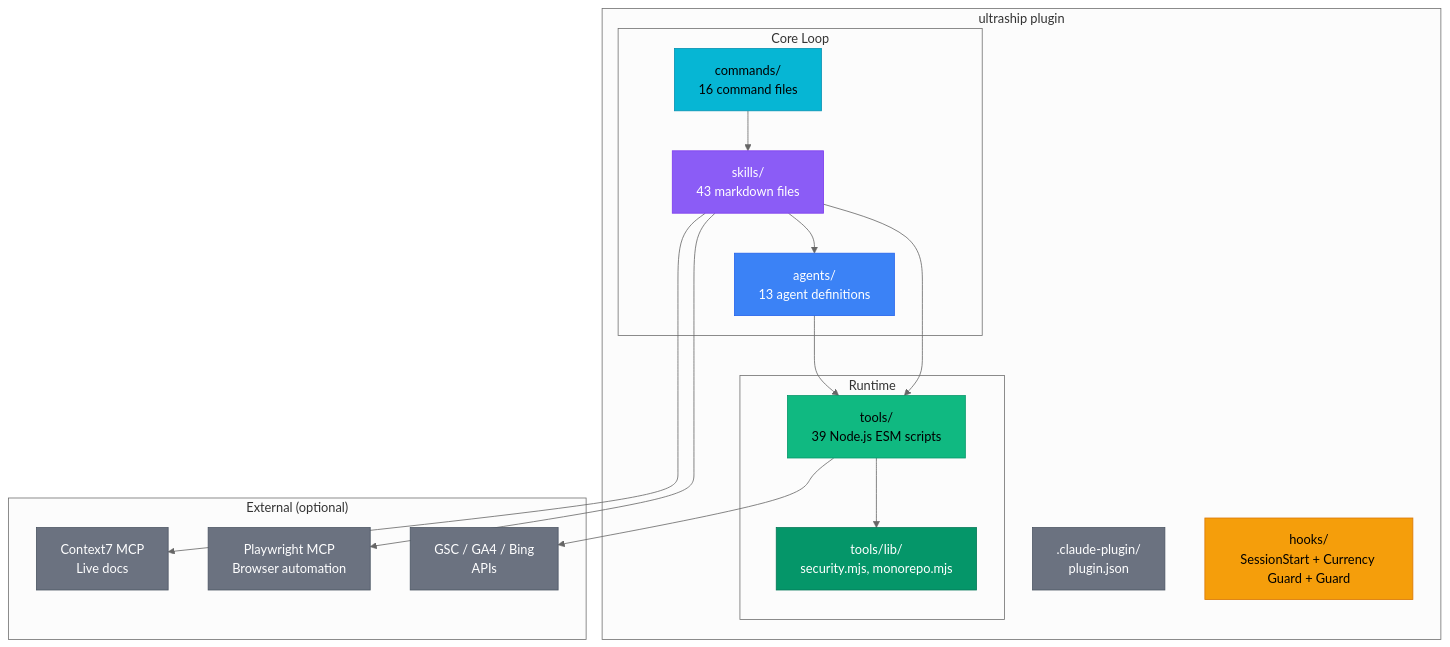
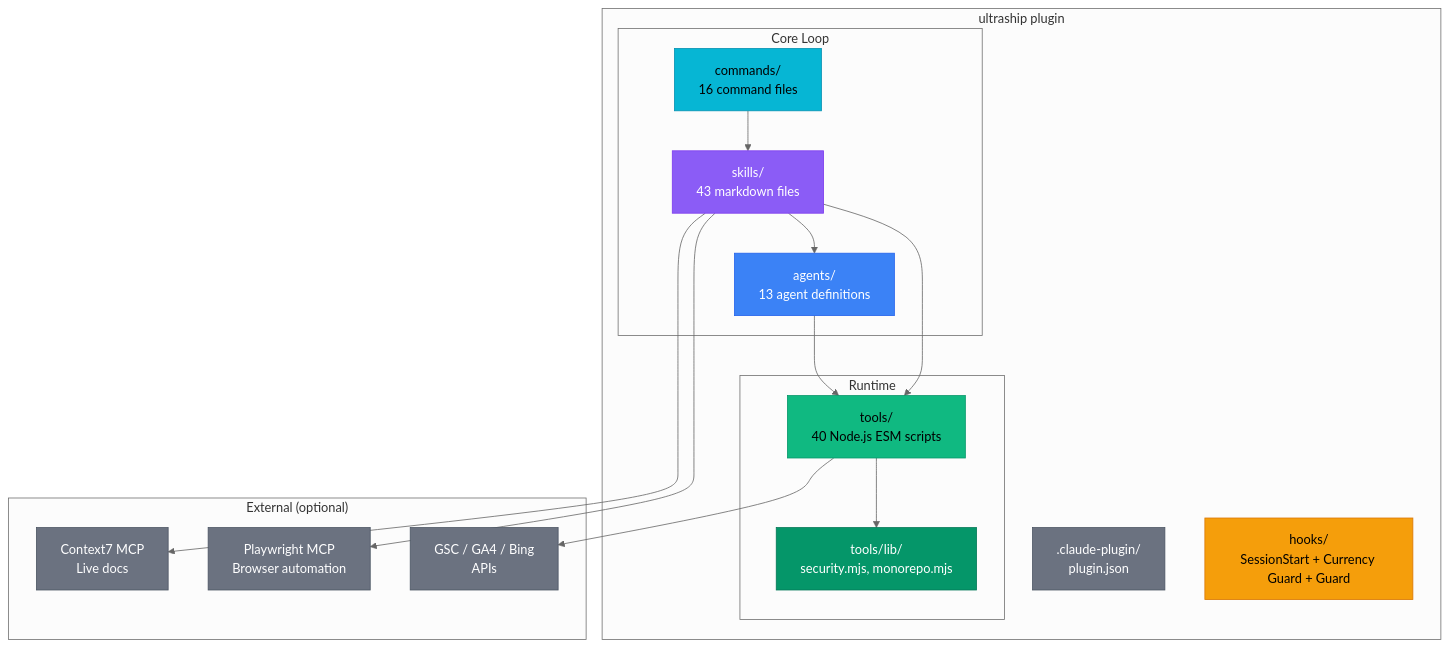
Before and after one commit to Houseofmvps/ultraship: the seventh of 7 diagrams in README.md, drawn with Mermaid (neutral theme). The commit also changed other lines of this file and 9 other files, not shown here.

````diff
--- a/README.md
+++ b/README.md
@@ -408,44 +409,44 @@
 ```mermaid
 flowchart TD
     subgraph Plugin["ultraship plugin"]
         MANIFEST[".claude-plugin/<br/>plugin.json"]
         HOOKS["hooks/<br/>SessionStart + Currency Guard + Guard"]
 
         subgraph Core["Core Loop"]
             SKILLS["skills/<br/>43 markdown files"]
             AGENTS["agents/<br/>13 agent definitions"]
             COMMANDS["commands/<br/>16 command files"]
         end
 
         subgraph Runtime["Runtime"]
-            TOOLS["tools/<br/>39 Node.js ESM scripts"]
+            TOOLS["tools/<br/>40 Node.js ESM scripts"]
             LIB["tools/lib/<br/>security.mjs, monorepo.mjs"]
         end
     end
 
     subgraph External["External (optional)"]
         MCP1["Context7 MCP<br/>Live docs"]
         MCP2["Playwright MCP<br/>Browser automation"]
         GSC2["GSC / GA4 / Bing<br/>APIs"]
     end
 
     COMMANDS --> SKILLS
     SKILLS --> AGENTS
     SKILLS --> TOOLS
     AGENTS --> TOOLS
     TOOLS --> LIB
     TOOLS --> GSC2
     SKILLS --> MCP1
     SKILLS --> MCP2
 
     style MANIFEST fill:#6b7280,stroke:#4b5563,color:#fff
     style HOOKS fill:#f59e0b,stroke:#d97706,color:#000
     style SKILLS fill:#8b5cf6,stroke:#7c3aed,color:#fff
     style AGENTS fill:#3b82f6,stroke:#2563eb,color:#fff
     style COMMANDS fill:#06b6d4,stroke:#0891b2,color:#000
     style TOOLS fill:#10b981,stroke:#059669,color:#000
     style LIB fill:#059669,stroke:#047857,color:#fff
     style MCP1 fill:#6b7280,stroke:#4b5563,color:#fff
     style MCP2 fill:#6b7280,stroke:#4b5563,color:#fff
     style GSC2 fill:#6b7280,stroke:#4b5563,color:#fff
 ```
````
